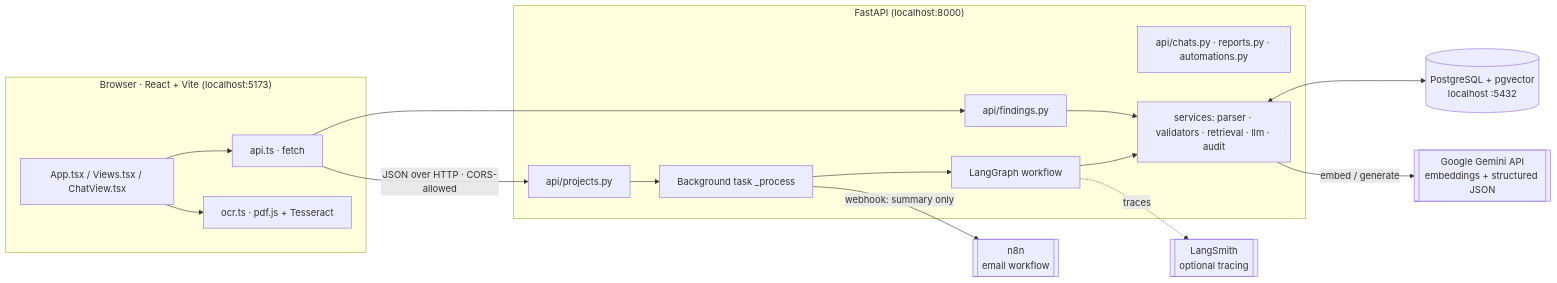
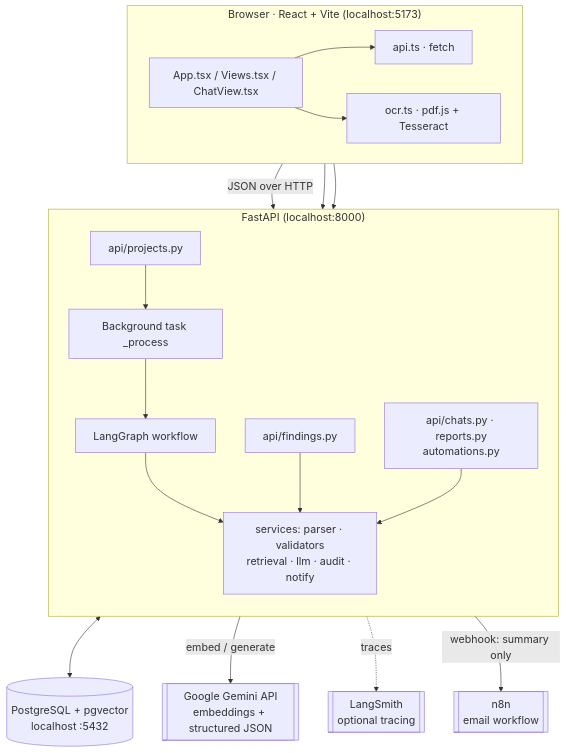
Before and after one commit to Abhinav-git1/FiberDoc_AI: the first of 3 diagrams in PROJECT_OVERVIEW.md, drawn with Mermaid. The commit also changed other lines of this file and 2 other files, not shown here.

Commit message:
Make the Mermaid diagrams readable on GitHub
Top-to-bottom layout, labels split over two lines, and an 18px font, so GitHub doesn't shrink them to fit the page width.

````diff
--- a/PROJECT_OVERVIEW.md
+++ b/PROJECT_OVERVIEW.md
@@ -62,33 +62,38 @@
 ```mermaid
-flowchart LR
+%%{init: {"themeVariables": {"fontSize": "18px"}}}%%
+flowchart TB
   subgraph Browser["Browser · React + Vite (localhost:5173)"]
+    direction LR
     UI[App.tsx / Views.tsx / ChatView.tsx]
     API[api.ts · fetch]
     OCR[ocr.ts · pdf.js + Tesseract]
     UI --> API
     UI --> OCR
   end
 
   subgraph Server["FastAPI (localhost:8000)"]
+    direction TB
     R1[api/projects.py]
     R2[api/findings.py]
-    R3[api/chats.py · reports.py · automations.py]
+    R3[api/chats.py · reports.py<br/>automations.py]
     BG[Background task _process]
     WF[LangGraph workflow]
-    SVC[services: parser · validators · retrieval · llm · audit]
+    SVC[services: parser · validators<br/>retrieval · llm · audit · notify]
     R1 --> BG --> WF --> SVC
     R2 --> SVC
+    R3 --> SVC
   end
 
   DB[(PostgreSQL + pgvector<br/>localhost :5432)]
   GEM[[Google Gemini API<br/>embeddings + structured JSON]]
   LS[[LangSmith<br/>optional tracing]]
+  N8N[[n8n<br/>email workflow]]
 
-  API -- "JSON over HTTP · CORS-allowed" --> R1
+  API -- "JSON over HTTP" --> R1
   API --> R2
+  API --> R3
   SVC <--> DB
   SVC -- "embed / generate" --> GEM
-  WF -.traces.-> LS
-  N8N[[n8n<br/>email workflow]]
+  WF -. traces .-> LS
   BG -- "webhook: summary only" --> N8N
 ```
````
